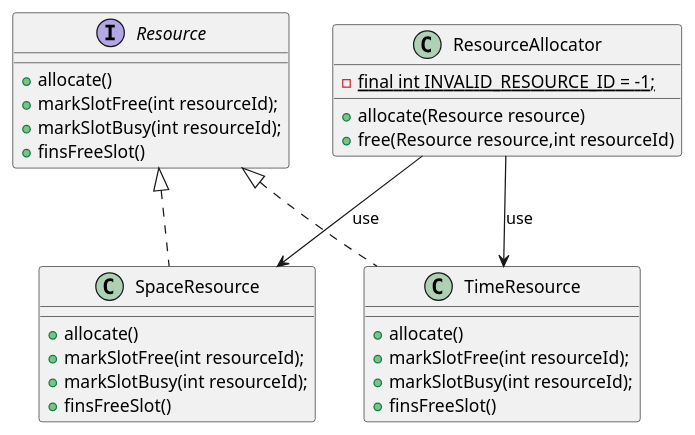
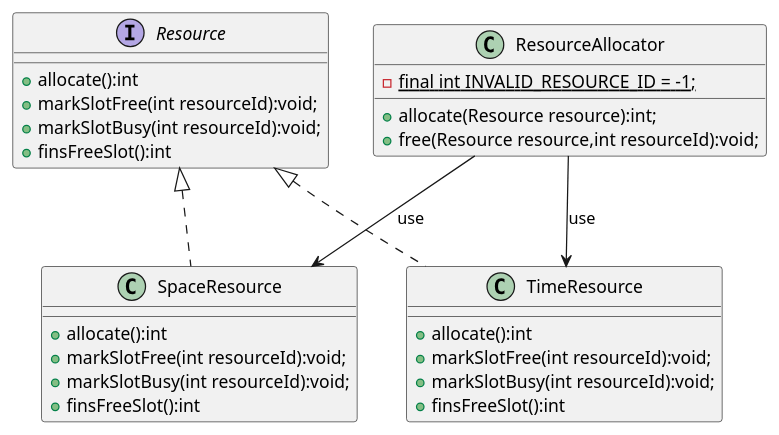
The diagram in OCP/src/com/directi/training/ocp/exercise/diagram.puml (gharbiamine/SOLID-Principles), drawn with PlantUML before and after one commit.

Commit message:
added types for ocp diagram

```diff
--- a/OCP/src/com/directi/training/ocp/exercise/diagram.puml
+++ b/OCP/src/com/directi/training/ocp/exercise/diagram.puml
@@ -1,31 +1,31 @@
 @startuml OCP
 interface Resource
 {
-       +allocate()
-       +markSlotFree(int resourceId);
-       +markSlotBusy(int resourceId);
-       +finsFreeSlot()
+       +allocate():int
+       +markSlotFree(int resourceId):void;
+       +markSlotBusy(int resourceId):void;
+       +finsFreeSlot():int
 }
 class SpaceResource implements Resource
 {
-       +allocate()
-       +markSlotFree(int resourceId);
-       +markSlotBusy(int resourceId);
-       +finsFreeSlot()
+       +allocate():int
+       +markSlotFree(int resourceId):void;
+       +markSlotBusy(int resourceId):void;
+       +finsFreeSlot():int
 }
 class TimeResource implements Resource
 {
-       +allocate()
-       +markSlotFree(int resourceId);
-       +markSlotBusy(int resourceId);
-       +finsFreeSlot()
+       +allocate():int
+       +markSlotFree(int resourceId):void;
+       +markSlotBusy(int resourceId):void;
+       +finsFreeSlot():int
 }
 class ResourceAllocator
 {
-       +allocate(Resource resource)
-       +free(Resource resource,int resourceId)
+       +allocate(Resource resource):int;
+       +free(Resource resource,int resourceId):void;
        -{static}  final int INVALID_RESOURCE_ID = -1;
 }
 ResourceAllocator -->SpaceResource:use
 ResourceAllocator -->TimeResource:use
 @enduml
```
